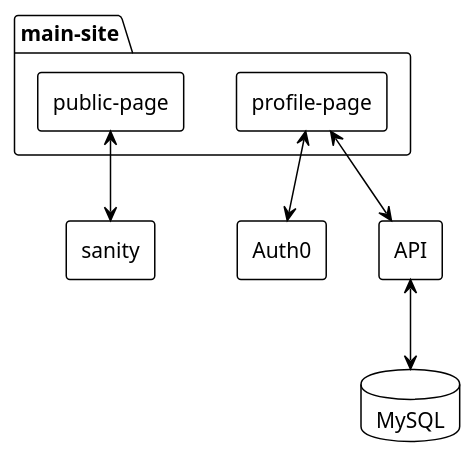
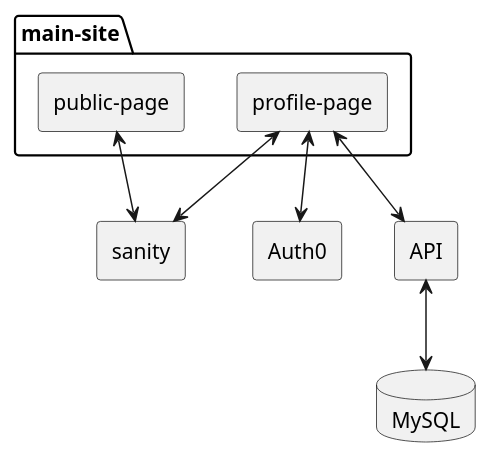
The diagram in apps/web/docs/overview.puml (stiftelsen-effekt/effekt-backend), drawn with PlantUML before and after one commit. The commit also changed 3 other files, not shown here.

```diff
--- a/apps/web/docs/overview.puml
+++ b/apps/web/docs/overview.puml
@@ -1,21 +1,21 @@
 @startuml
-!theme plain
 skinparam componentStyle rectangle
 
 database MySQL
 
 [sanity]
 [Auth0]
 [API]
 
 package "main-site" {
   [public-page]
   [profile-page]
 }
 
 [public-page] <--> sanity
+[profile-page] <--> sanity
 [profile-page] <--> Auth0
 [profile-page] <--> API
 API <--> MySQL
 
 @enduml
```
